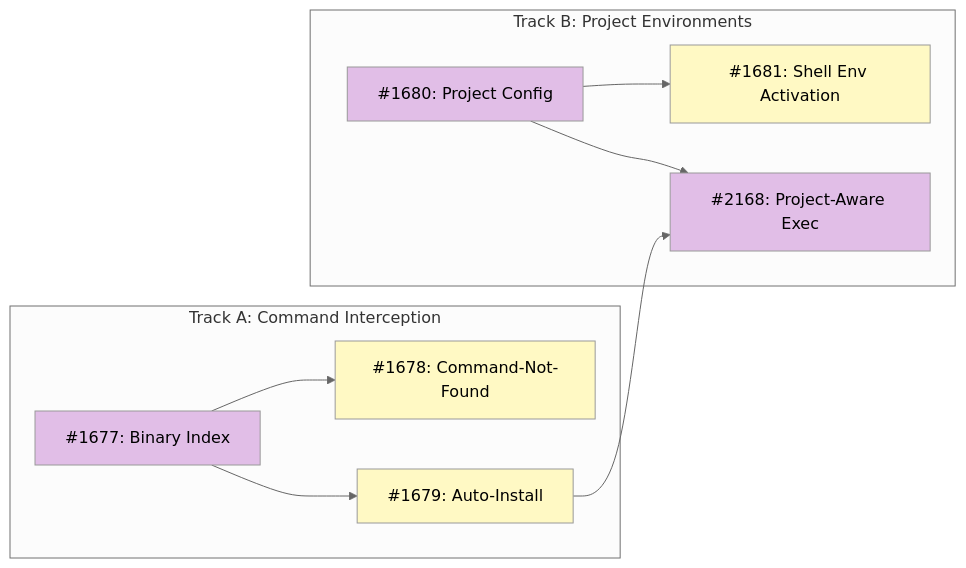
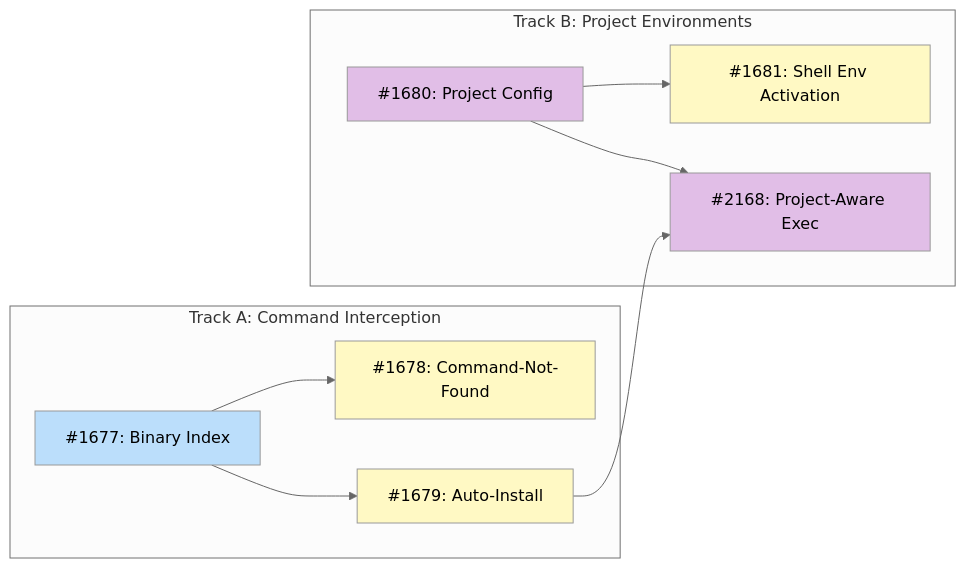
Before and after one commit to tsukumogami/tsuku: the diagram in docs/designs/DESIGN-shell-integration-building-blocks.md, drawn with Mermaid (neutral theme). The commit also changed 1 other file, not shown here.

Commit message:
docs(design): add accepted design for binary index (issue #1677)
Designs the SQLite-backed command-to-recipe index for shell integration.
Key decisions: full rebuild on update-registry, installed-first conflict
ranking, typed errors for missing/stale/corrupt index.

Architecture review incorporated: Registry interface aligned with actual
registry.ListCached/GetCached methods, StateReader interface added to
avoid coupling internal/index to internal/install internals, SetInstalled
method added for incremental install/remove updates.

Security review incorporated: WAL mode and busy_timeout specified for
concurrent access, dbPath usage documented.

Also updates parent design Mermaid diagram: #1677 moves from needs-design
to ready now that the design is accepted.

Ref #1677

````diff
--- a/docs/designs/DESIGN-shell-integration-building-blocks.md
+++ b/docs/designs/DESIGN-shell-integration-building-blocks.md
@@ -38,29 +38,30 @@
 ```mermaid
 graph LR
     subgraph TrackA["Track A: Command Interception"]
         I1677["#1677: Binary Index"]
         I1678["#1678: Command-Not-Found"]
         I1679["#1679: Auto-Install"]
     end
 
     subgraph TrackB["Track B: Project Environments"]
         I1680["#1680: Project Config"]
         I1681["#1681: Shell Env Activation"]
         I2168["#2168: Project-Aware Exec"]
     end
 
     I1677 --> I1678
     I1677 --> I1679
     I1680 --> I1681
     I1679 --> I2168
     I1680 --> I2168
 
     classDef done fill:#c8e6c9
     classDef ready fill:#bbdefb
     classDef blocked fill:#fff9c4
     classDef needsDesign fill:#e1bee7
 
-    class I1677,I1680 needsDesign
+    class I1677 ready
+    class I1680 needsDesign
     class I1678,I1679,I1681 blocked
     class I2168 needsDesign
 ```
````
